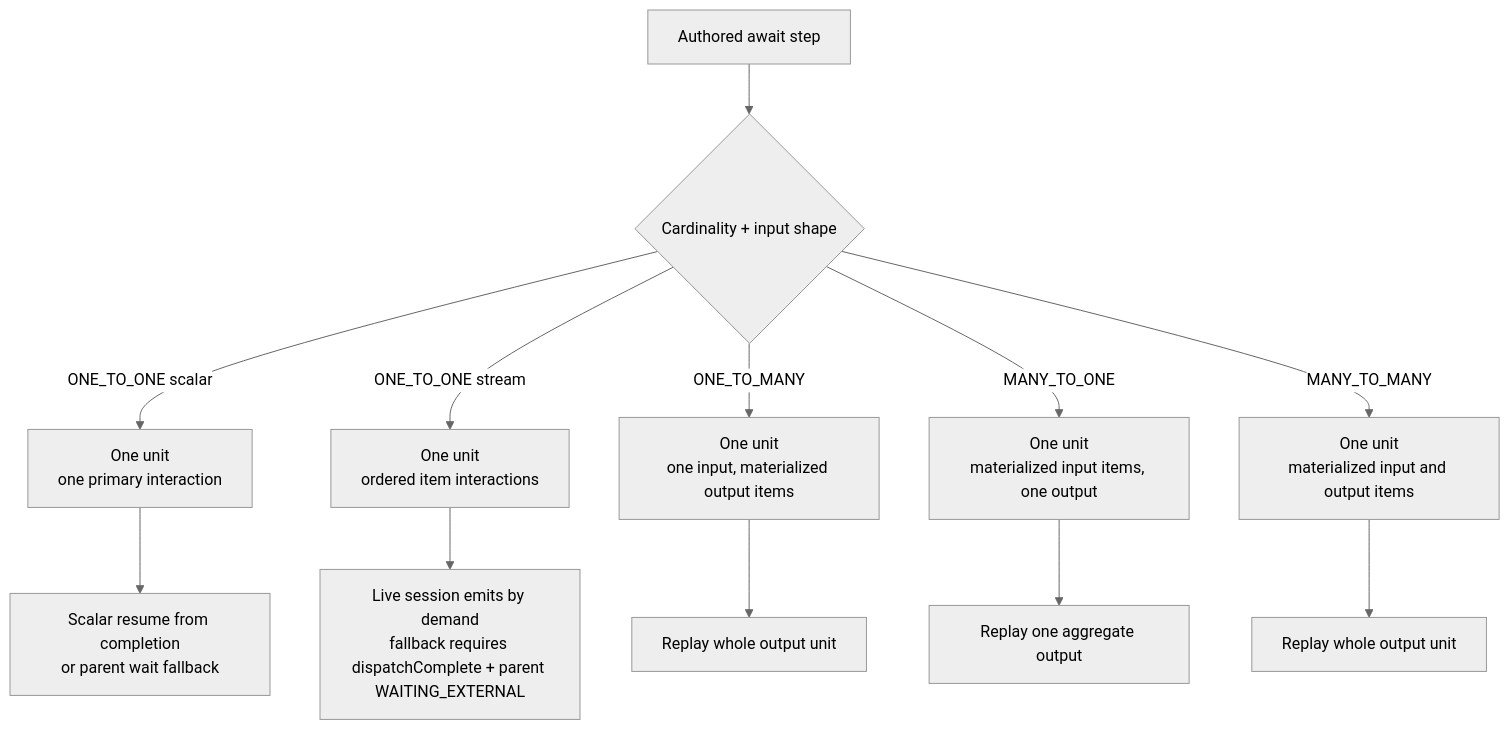
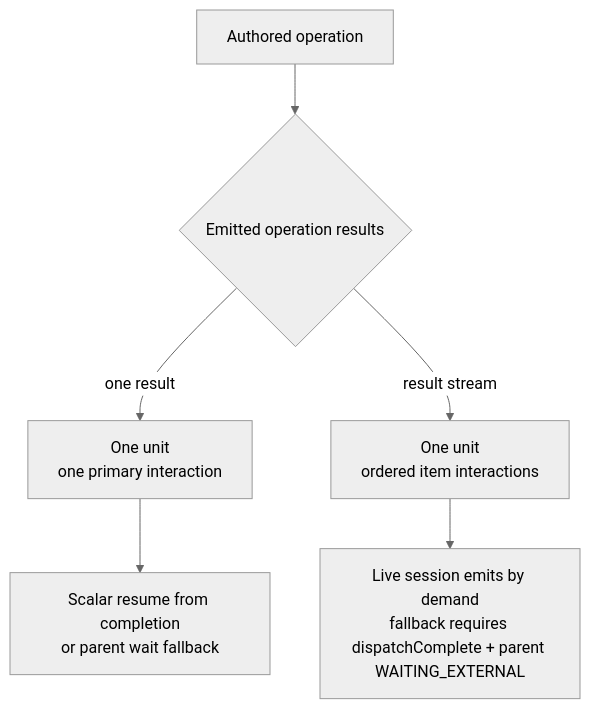
One commit to The-Pipeline-Framework/pipelineframework changed the third of 10 diagrams in docs/evolve/await-unit-runtime/sequences.md. Above: the diagram before and after it, drawn with Mermaid (neutral theme). The commit also changed other lines of this file and 26 other files, not shown here.

First line of the commit message:
Document deferred completion and refresh Await replay proof (#796)

````diff
--- a/docs/evolve/await-unit-runtime/sequences.md
+++ b/docs/evolve/await-unit-runtime/sequences.md
@@ -82,14 +82,8 @@
 ```mermaid
 flowchart TD
-    A["Authored await step"] --> B{"Cardinality + input shape"}
-    B -->|ONE_TO_ONE scalar| C["One unit<br/>one primary interaction"]
-    B -->|ONE_TO_ONE stream| D["One unit<br/>ordered item interactions"]
-    B -->|ONE_TO_MANY| E["One unit<br/>one input, materialized output items"]
-    B -->|MANY_TO_ONE| F["One unit<br/>materialized input items, one output"]
-    B -->|MANY_TO_MANY| G["One unit<br/>materialized input and output items"]
+    A["Authored operation"] --> B{"Emitted operation results"}
+    B -->|one result| C["One unit<br/>one primary interaction"]
+    B -->|result stream| D["One unit<br/>ordered item interactions"]
     C --> H["Scalar resume from completion<br/>or parent wait fallback"]
     D --> I["Live session emits by demand<br/>fallback requires dispatchComplete + parent WAITING_EXTERNAL"]
-    E --> J["Replay whole output unit"]
-    F --> K["Replay one aggregate output"]
-    G --> L["Replay whole output unit"]
 ```
````
